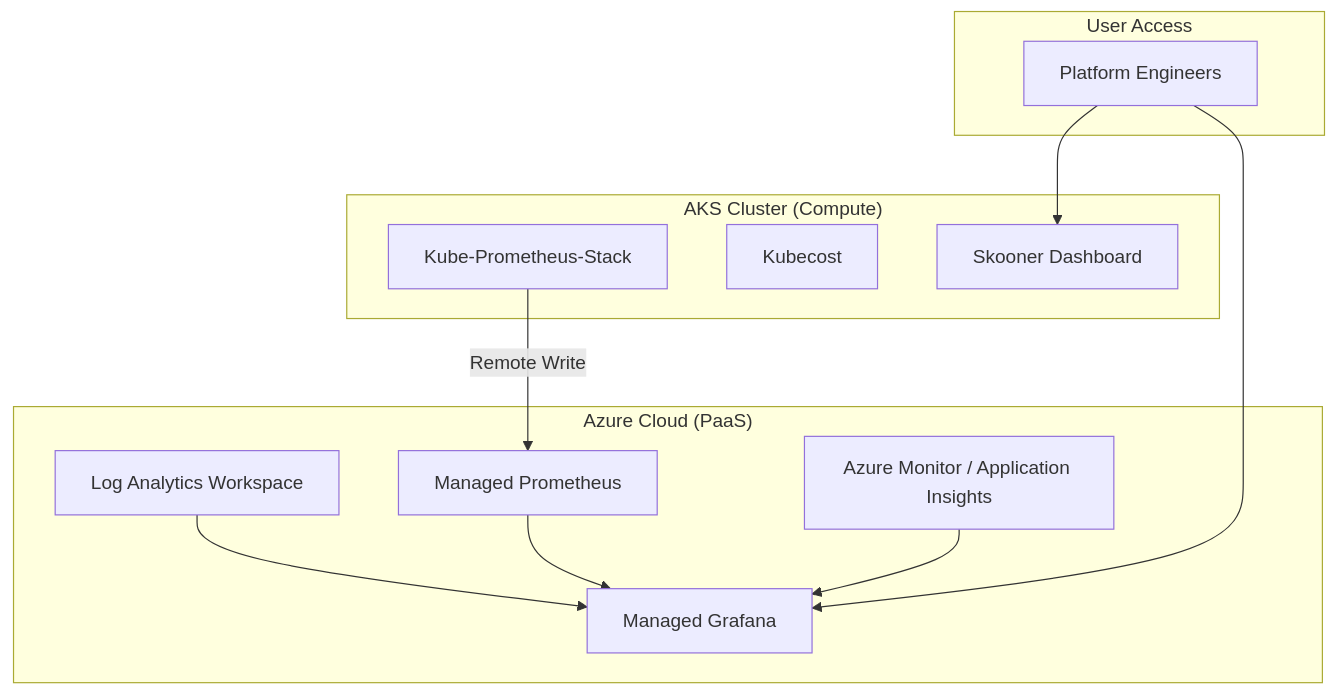
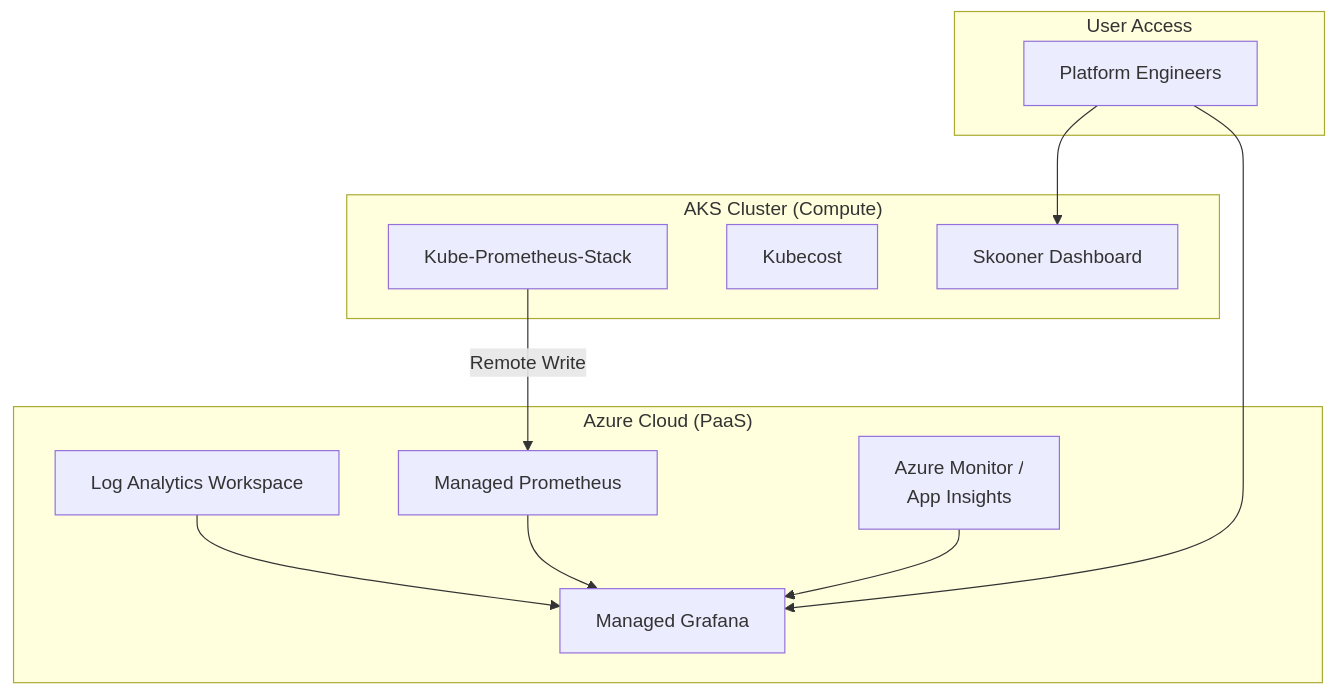
The diagram in docs/421-OBSERVABILITY_AND_DAY2_OPERATIONS.md (nubenetes/terraform-azure-devops-agentic), drawn with Mermaid before and after one commit. The commit also changed 23 other files, not shown here.

Commit message:
docs: establish automated Mermaid validator and eliminate text clipping repo-wide

````diff
--- a/docs/421-OBSERVABILITY_AND_DAY2_OPERATIONS.md
+++ b/docs/421-OBSERVABILITY_AND_DAY2_OPERATIONS.md
@@ -36,23 +36,23 @@
 ```mermaid
 graph TD
     subgraph "Azure Cloud (PaaS)"
         LA[Log Analytics Workspace]
-        AM[Azure Monitor / Application Insights]
+        AM[Azure Monitor /<br/>App Insights]
         MP[Managed Prometheus]
         MG[Managed Grafana]
     end
     subgraph "AKS Cluster (Compute)"
         KPS[Kube-Prometheus-Stack]
         KC[Kubecost]
         SK[Skooner Dashboard]
     end
     KPS -->|Remote Write| MP
     LA --> MG
     MP --> MG
     AM --> MG
     subgraph "User Access"
         ENG[Platform Engineers]
         ENG --> MG
         ENG --> SK
     end
 ```
````
